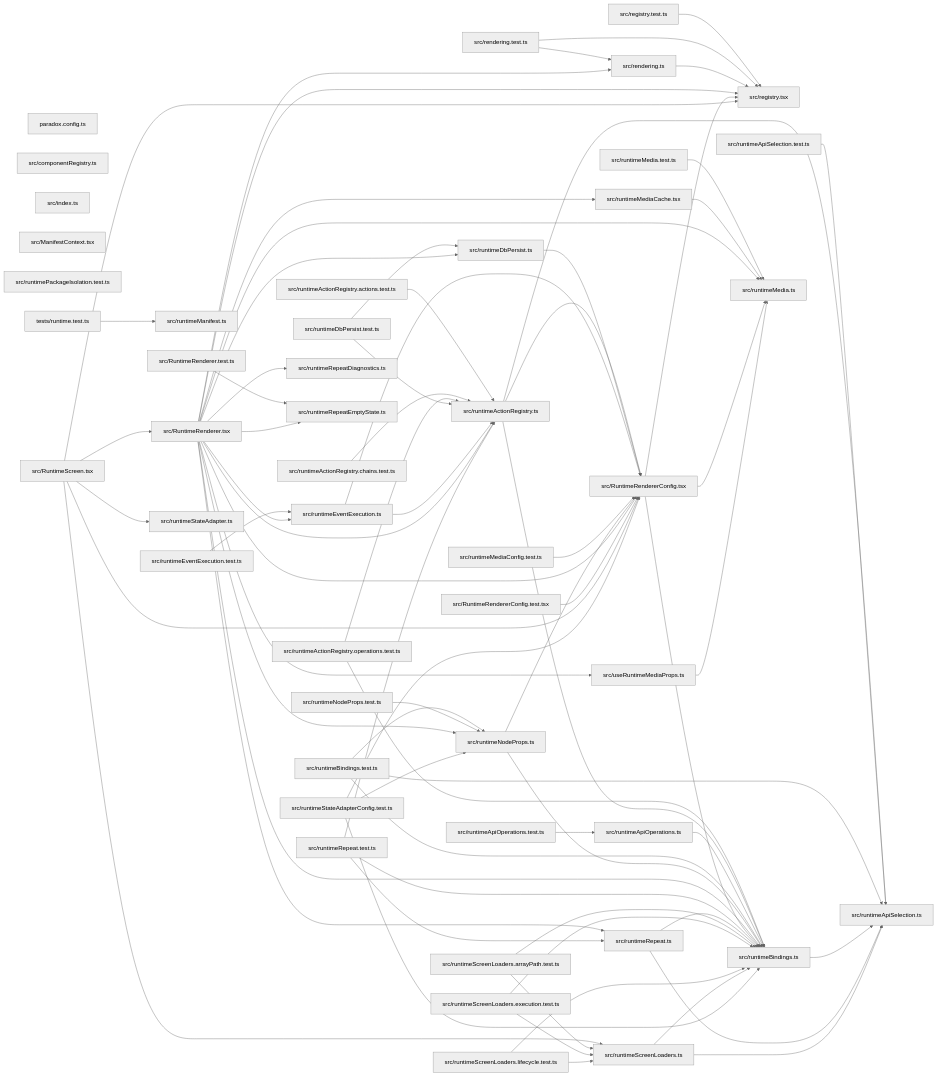
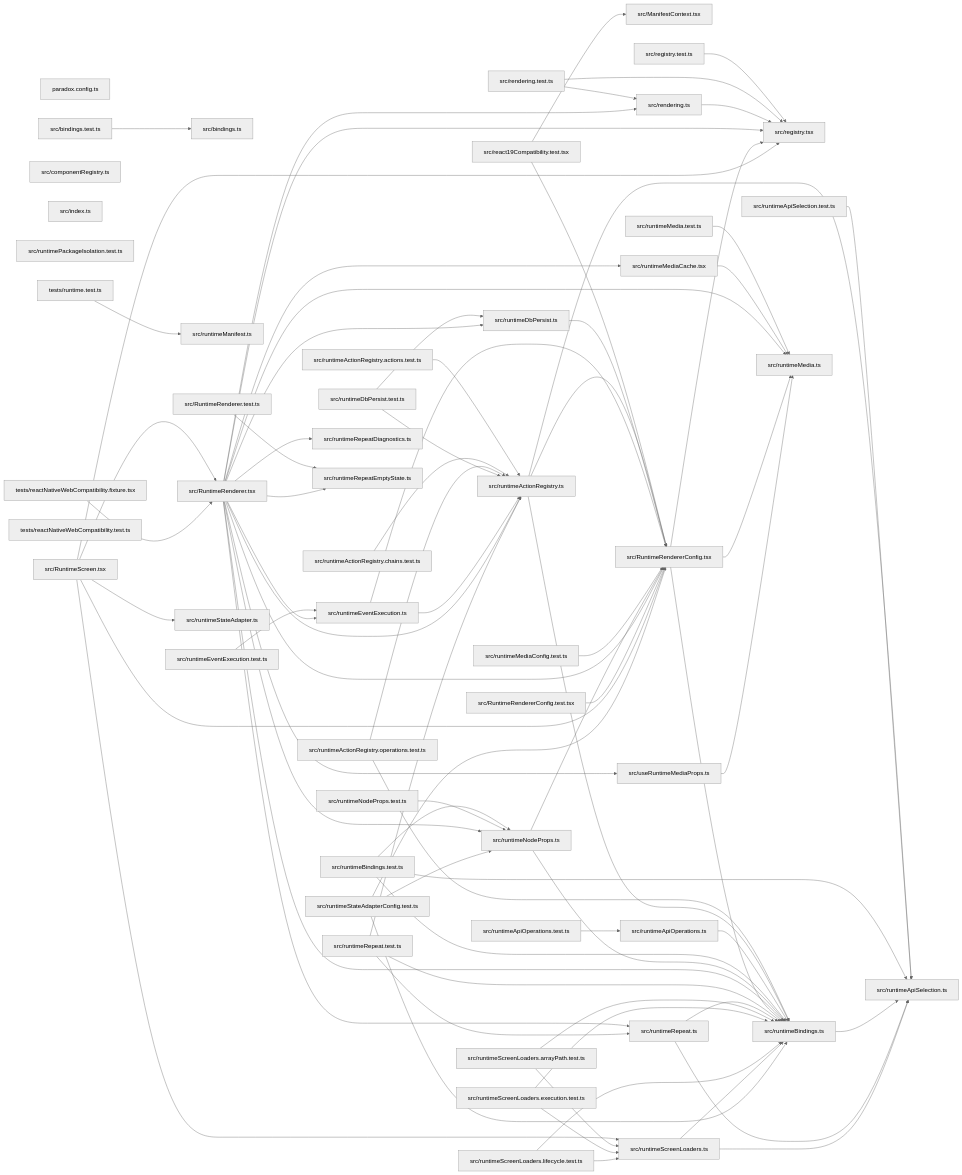
Before and after one commit to ankhorage/runtime: the diagram in paradox/diagrams/module-relationships.mmd, drawn with Mermaid (neutral theme). The commit also changed 41 other files, not shown here.

Commit message:
feat: move runtime to React 19.2 and RN 0.86

```diff
--- a/paradox/diagrams/module-relationships.mmd
+++ b/paradox/diagrams/module-relationships.mmd
@@ -1,120 +1,129 @@
 graph LR
   module_paradox_config_ts["paradox.config.ts"]
+  module_src_bindings_test_ts["src/bindings.test.ts"]
+  module_src_bindings_ts["src/bindings.ts"]
   module_src_componentRegistry_ts["src/componentRegistry.ts"]
   module_src_index_ts["src/index.ts"]
   module_src_ManifestContext_tsx["src/ManifestContext.tsx"]
+  module_src_react19Compatibility_test_tsx["src/react19Compatibility.test.tsx"]
   module_src_registry_test_ts["src/registry.test.ts"]
   module_src_registry_tsx["src/registry.tsx"]
   module_src_rendering_test_ts["src/rendering.test.ts"]
   module_src_rendering_ts["src/rendering.ts"]
   module_src_runtimeActionRegistry_actions_test_ts["src/runtimeActionRegistry.actions.test.ts"]
   module_src_runtimeActionRegistry_chains_test_ts["src/runtimeActionRegistry.chains.test.ts"]
   module_src_runtimeActionRegistry_operations_test_ts["src/runtimeActionRegistry.operations.test.ts"]
   module_src_runtimeActionRegistry_ts["src/runtimeActionRegistry.ts"]
   module_src_runtimeApiOperations_test_ts["src/runtimeApiOperations.test.ts"]
   module_src_runtimeApiOperations_ts["src/runtimeApiOperations.ts"]
   module_src_runtimeApiSelection_test_ts["src/runtimeApiSelection.test.ts"]
   module_src_runtimeApiSelection_ts["src/runtimeApiSelection.ts"]
   module_src_runtimeBindings_test_ts["src/runtimeBindings.test.ts"]
   module_src_runtimeBindings_ts["src/runtimeBindings.ts"]
   module_src_runtimeDbPersist_test_ts["src/runtimeDbPersist.test.ts"]
   module_src_runtimeDbPersist_ts["src/runtimeDbPersist.ts"]
   module_src_runtimeEventExecution_test_ts["src/runtimeEventExecution.test.ts"]
   module_src_runtimeEventExecution_ts["src/runtimeEventExecution.ts"]
   module_src_runtimeManifest_ts["src/runtimeManifest.ts"]
   module_src_runtimeMedia_test_ts["src/runtimeMedia.test.ts"]
   module_src_runtimeMedia_ts["src/runtimeMedia.ts"]
   module_src_runtimeMediaCache_tsx["src/runtimeMediaCache.tsx"]
   module_src_runtimeMediaConfig_test_ts["src/runtimeMediaConfig.test.ts"]
   module_src_runtimeNodeProps_test_ts["src/runtimeNodeProps.test.ts"]
   module_src_runtimeNodeProps_ts["src/runtimeNodeProps.ts"]
   module_src_runtimePackageIsolation_test_ts["src/runtimePackageIsolation.test.ts"]
   module_src_RuntimeRenderer_test_ts["src/RuntimeRenderer.test.ts"]
   module_src_RuntimeRenderer_tsx["src/RuntimeRenderer.tsx"]
   module_src_RuntimeRendererConfig_test_tsx["src/RuntimeRendererConfig.test.tsx"]
   module_src_RuntimeRendererConfig_tsx["src/RuntimeRendererConfig.tsx"]
   module_src_runtimeRepeat_test_ts["src/runtimeRepeat.test.ts"]
   module_src_runtimeRepeat_ts["src/runtimeRepeat.ts"]
   module_src_runtimeRepeatDiagnostics_ts["src/runtimeRepeatDiagnostics.ts"]
   module_src_runtimeRepeatEmptyState_ts["src/runtimeRepeatEmptyState.ts"]
   module_src_RuntimeScreen_tsx["src/RuntimeScreen.tsx"]
   module_src_runtimeScreenLoaders_arrayPath_test_ts["src/runtimeScreenLoaders.arrayPath.test.ts"]
   module_src_runtimeScreenLoaders_execution_test_ts["src/runtimeScreenLoaders.execution.test.ts"]
   module_src_runtimeScreenLoaders_lifecycle_test_ts["src/runtimeScreenLoaders.lifecycle.test.ts"]
   module_src_runtimeScreenLoaders_ts["src/runtimeScreenLoaders.ts"]
   module_src_runtimeStateAdapter_ts["src/runtimeStateAdapter.ts"]
   module_src_runtimeStateAdapterConfig_test_ts["src/runtimeStateAdapterConfig.test.ts"]
   module_src_useRuntimeMediaProps_ts["src/useRuntimeMediaProps.ts"]
+  module_tests_reactNativeWebCompatibility_fixture_tsx["tests/reactNativeWebCompatibility.fixture.tsx"]
+  module_tests_reactNativeWebCompatibility_test_ts["tests/reactNativeWebCompatibility.test.ts"]
   module_tests_runtime_test_ts["tests/runtime.test.ts"]
+  module_src_bindings_test_ts --> module_src_bindings_ts
+  module_src_react19Compatibility_test_tsx --> module_src_ManifestContext_tsx
+  module_src_react19Compatibility_test_tsx --> module_src_RuntimeRendererConfig_tsx
   module_src_registry_test_ts --> module_src_registry_tsx
   module_src_rendering_test_ts --> module_src_registry_tsx
   module_src_rendering_test_ts --> module_src_rendering_ts
   module_src_rendering_ts --> module_src_registry_tsx
   module_src_runtimeActionRegistry_actions_test_ts --> module_src_runtimeActionRegistry_ts
   module_src_runtimeActionRegistry_chains_test_ts --> module_src_runtimeActionRegistry_ts
   module_src_runtimeActionRegistry_operations_test_ts --> module_src_runtimeActionRegistry_ts
   module_src_runtimeActionRegistry_operations_test_ts --> module_src_runtimeBindings_ts
   module_src_runtimeActionRegistry_ts --> module_src_runtimeApiSelection_ts
   module_src_runtimeActionRegistry_ts --> module_src_runtimeBindings_ts
   module_src_runtimeActionRegistry_ts --> module_src_RuntimeRendererConfig_tsx
   module_src_runtimeApiOperations_test_ts --> module_src_runtimeApiOperations_ts
   module_src_runtimeApiOperations_ts --> module_src_runtimeBindings_ts
   module_src_runtimeApiSelection_test_ts --> module_src_runtimeApiSelection_ts
   module_src_runtimeBindings_test_ts --> module_src_runtimeApiSelection_ts
   module_src_runtimeBindings_test_ts --> module_src_runtimeBindings_ts
   module_src_runtimeBindings_test_ts --> module_src_runtimeNodeProps_ts
   module_src_runtimeBindings_ts --> module_src_runtimeApiSelection_ts
   module_src_runtimeDbPersist_test_ts --> module_src_runtimeActionRegistry_ts
   module_src_runtimeDbPersist_test_ts --> module_src_runtimeDbPersist_ts
   module_src_runtimeDbPersist_ts --> module_src_RuntimeRendererConfig_tsx
   module_src_runtimeEventExecution_test_ts --> module_src_runtimeEventExecution_ts
   module_src_runtimeEventExecution_ts --> module_src_runtimeActionRegistry_ts
   module_src_runtimeEventExecution_ts --> module_src_RuntimeRendererConfig_tsx
   module_src_runtimeMedia_test_ts --> module_src_runtimeMedia_ts
   module_src_runtimeMediaCache_tsx --> module_src_runtimeMedia_ts
   module_src_runtimeMediaConfig_test_ts --> module_src_RuntimeRendererConfig_tsx
   module_src_runtimeNodeProps_test_ts --> module_src_runtimeNodeProps_ts
   module_src_runtimeNodeProps_ts --> module_src_runtimeBindings_ts
   module_src_runtimeNodeProps_ts --> module_src_RuntimeRendererConfig_tsx
   module_src_RuntimeRenderer_test_ts --> module_src_runtimeRepeatEmptyState_ts
   module_src_RuntimeRenderer_tsx --> module_src_registry_tsx
   module_src_RuntimeRenderer_tsx --> module_src_rendering_ts
   module_src_RuntimeRenderer_tsx --> module_src_runtimeActionRegistry_ts
   module_src_RuntimeRenderer_tsx --> module_src_runtimeBindings_ts
   module_src_RuntimeRenderer_tsx --> module_src_runtimeDbPersist_ts
   module_src_RuntimeRenderer_tsx --> module_src_runtimeEventExecution_ts
   module_src_RuntimeRenderer_tsx --> module_src_runtimeMedia_ts
   module_src_RuntimeRenderer_tsx --> module_src_runtimeMediaCache_tsx
   module_src_RuntimeRenderer_tsx --> module_src_runtimeNodeProps_ts
   module_src_RuntimeRenderer_tsx --> module_src_RuntimeRendererConfig_tsx
   module_src_RuntimeRenderer_tsx --> module_src_runtimeRepeat_ts
   module_src_RuntimeRenderer_tsx --> module_src_runtimeRepeatDiagnostics_ts
   module_src_RuntimeRenderer_tsx --> module_src_runtimeRepeatEmptyState_ts
   module_src_RuntimeRenderer_tsx --> module_src_useRuntimeMediaProps_ts
   module_src_RuntimeRendererConfig_test_tsx --> module_src_RuntimeRendererConfig_tsx
   module_src_RuntimeRendererConfig_tsx --> module_src_registry_tsx
   module_src_RuntimeRendererConfig_tsx --> module_src_runtimeBindings_ts
   module_src_RuntimeRendererConfig_tsx --> module_src_runtimeMedia_ts
   module_src_runtimeRepeat_test_ts --> module_src_runtimeActionRegistry_ts
   module_src_runtimeRepeat_test_ts --> module_src_runtimeBindings_ts
   module_src_runtimeRepeat_test_ts --> module_src_runtimeRepeat_ts
   module_src_runtimeRepeat_ts --> module_src_runtimeApiSelection_ts
   module_src_runtimeRepeat_ts --> module_src_runtimeBindings_ts
   module_src_RuntimeScreen_tsx --> module_src_registry_tsx
   module_src_RuntimeScreen_tsx --> module_src_RuntimeRenderer_tsx
   module_src_RuntimeScreen_tsx --> module_src_RuntimeRendererConfig_tsx
   module_src_RuntimeScreen_tsx --> module_src_runtimeScreenLoaders_ts
   module_src_RuntimeScreen_tsx --> module_src_runtimeStateAdapter_ts
   module_src_runtimeScreenLoaders_arrayPath_test_ts --> module_src_runtimeBindings_ts
   module_src_runtimeScreenLoaders_arrayPath_test_ts --> module_src_runtimeScreenLoaders_ts
   module_src_runtimeScreenLoaders_execution_test_ts --> module_src_runtimeBindings_ts
   module_src_runtimeScreenLoaders_execution_test_ts --> module_src_runtimeScreenLoaders_ts
   module_src_runtimeScreenLoaders_lifecycle_test_ts --> module_src_runtimeBindings_ts
   module_src_runtimeScreenLoaders_lifecycle_test_ts --> module_src_runtimeScreenLoaders_ts
   module_src_runtimeScreenLoaders_ts --> module_src_runtimeApiSelection_ts
   module_src_runtimeScreenLoaders_ts --> module_src_runtimeBindings_ts
   module_src_runtimeStateAdapterConfig_test_ts --> module_src_runtimeBindings_ts
   module_src_runtimeStateAdapterConfig_test_ts --> module_src_runtimeNodeProps_ts
   module_src_runtimeStateAdapterConfig_test_ts --> module_src_RuntimeRendererConfig_tsx
   module_src_useRuntimeMediaProps_ts --> module_src_runtimeMedia_ts
+  module_tests_reactNativeWebCompatibility_fixture_tsx --> module_src_RuntimeRenderer_tsx
   module_tests_runtime_test_ts --> module_src_runtimeManifest_ts
```
